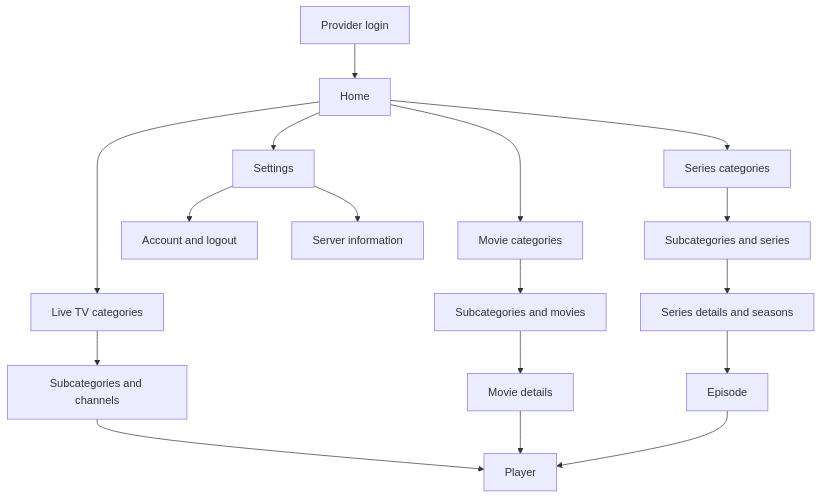
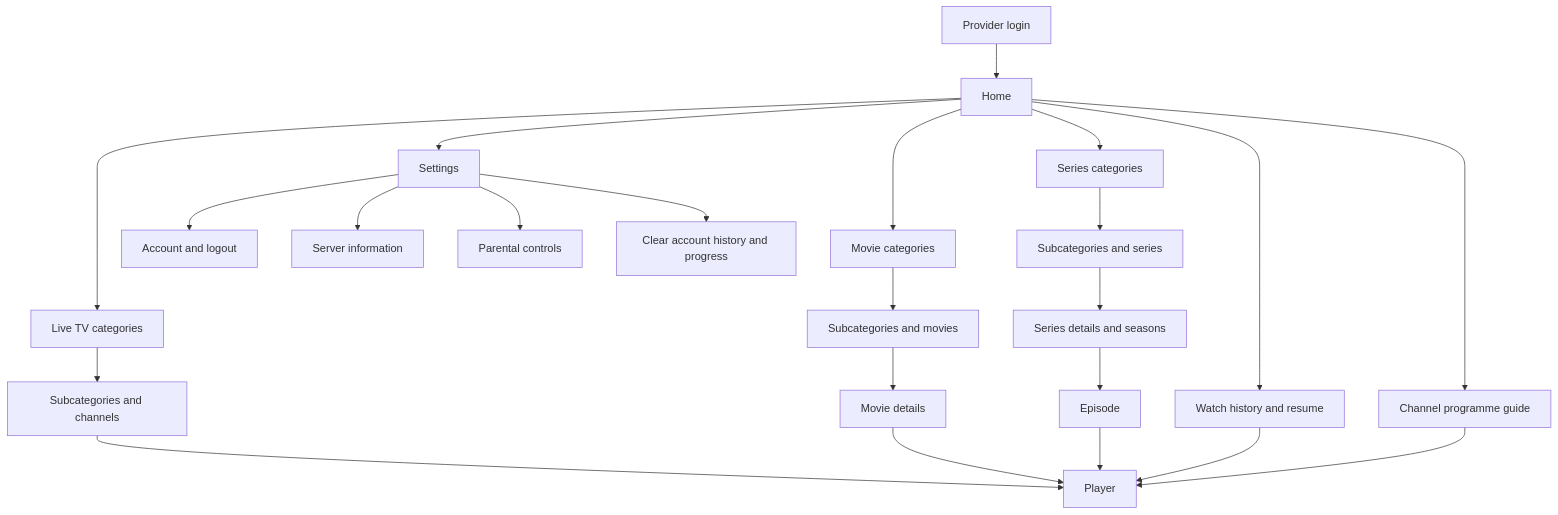
The second of 2 diagrams in docs/ARCHITECTURE.md (AntoCanza/iptv-receiver), drawn with Mermaid before and after one commit. The commit also changed other lines of this file and 21 other files, not shown here.

````diff
--- a/docs/ARCHITECTURE.md
+++ b/docs/ARCHITECTURE.md
@@ -140,19 +140,25 @@
 ```mermaid
 flowchart TD
     Login[Provider login] --> Home[Home]
     Home --> Live[Live TV categories]
     Home --> Movies[Movie categories]
     Home --> Series[Series categories]
+    Home --> Guide[Channel programme guide]
+    Home --> History[Watch history and resume]
     Home --> Settings[Settings]
     Settings --> Account[Account and logout]
     Settings --> ServerInfo[Server information]
+    Settings --> Parental[Parental controls]
+    Settings --> Viewing[Clear account history and progress]
     Live --> Channels[Subcategories and channels]
     Movies --> Titles[Subcategories and movies]
     Series --> Shows[Subcategories and series]
     Channels --> Player[Player]
     Titles --> Movie[Movie details]
     Movie --> Player
     Shows --> Seasons[Series details and seasons]
     Seasons --> Episodes[Episode]
     Episodes --> Player
+    History --> Player
+    Guide --> Player
 ```
````
